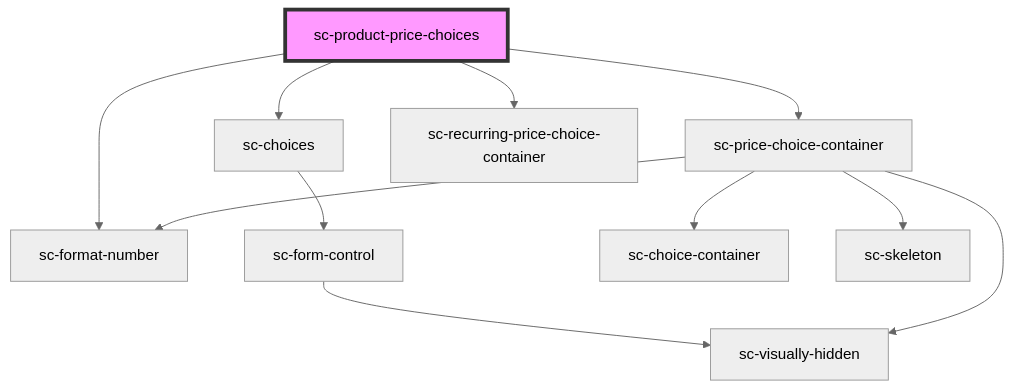
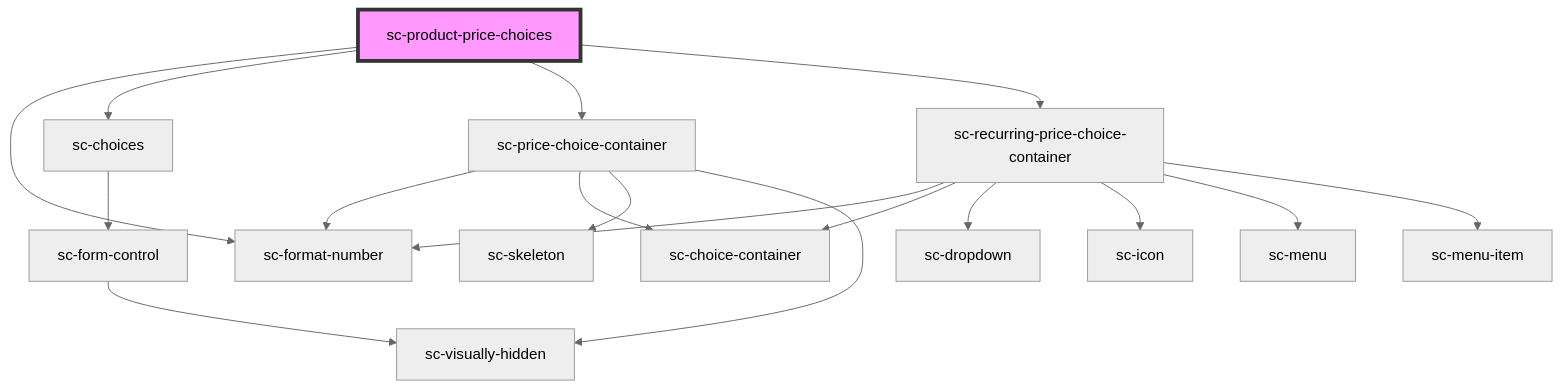
Before and after one commit to surecart/surecart-wp-plugin: the diagram in packages/components/src/components/controllers/product/sc-product-price-choices/readme.md, drawn with Mermaid (neutral theme). The commit also changed 13 other files, not shown here.

````diff
--- a/packages/components/src/components/controllers/product/sc-product-price-choices/readme.md
+++ b/packages/components/src/components/controllers/product/sc-product-price-choices/readme.md
@@ -26,14 +26,20 @@
 ```mermaid
 graph TD;
   sc-product-price-choices --> sc-format-number
   sc-product-price-choices --> sc-choices
   sc-product-price-choices --> sc-price-choice-container
   sc-product-price-choices --> sc-recurring-price-choice-container
   sc-choices --> sc-form-control
   sc-form-control --> sc-visually-hidden
   sc-price-choice-container --> sc-format-number
   sc-price-choice-container --> sc-choice-container
   sc-price-choice-container --> sc-skeleton
   sc-price-choice-container --> sc-visually-hidden
+  sc-recurring-price-choice-container --> sc-format-number
+  sc-recurring-price-choice-container --> sc-choice-container
+  sc-recurring-price-choice-container --> sc-dropdown
+  sc-recurring-price-choice-container --> sc-icon
+  sc-recurring-price-choice-container --> sc-menu
+  sc-recurring-price-choice-container --> sc-menu-item
   style sc-product-price-choices fill:#f9f,stroke:#333,stroke-width:4px
 ```
````
